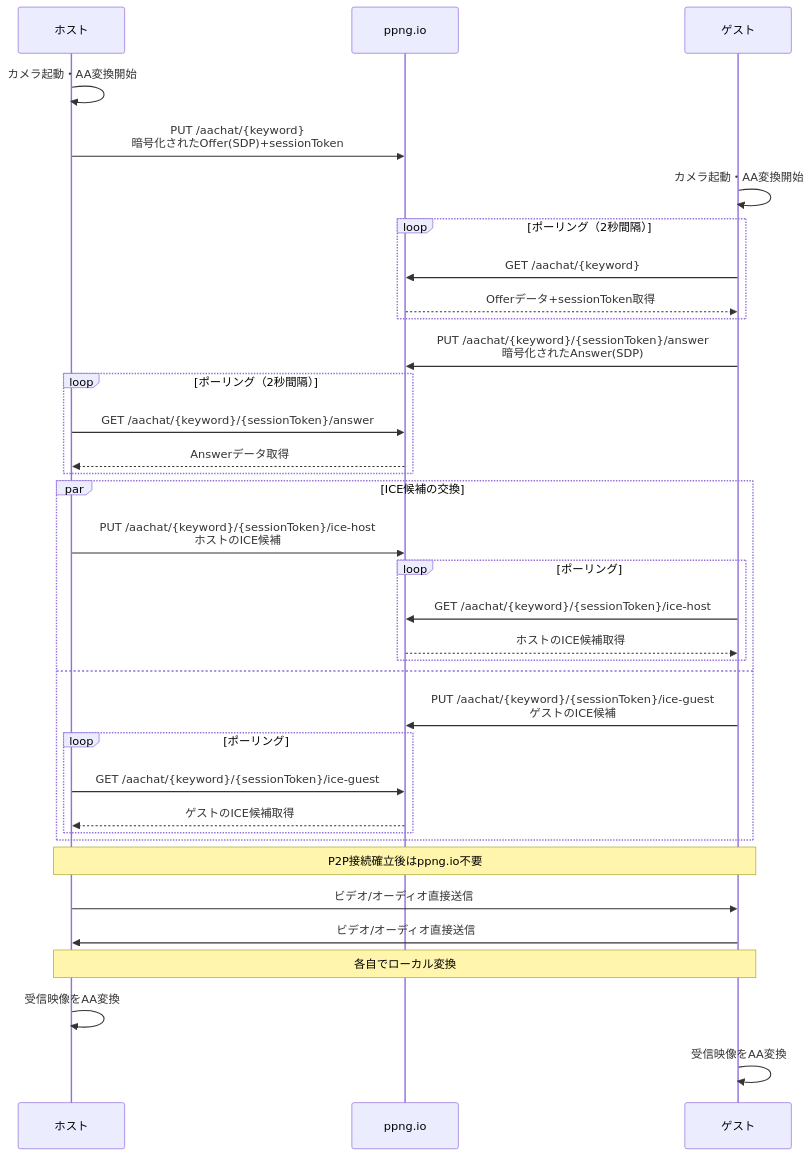
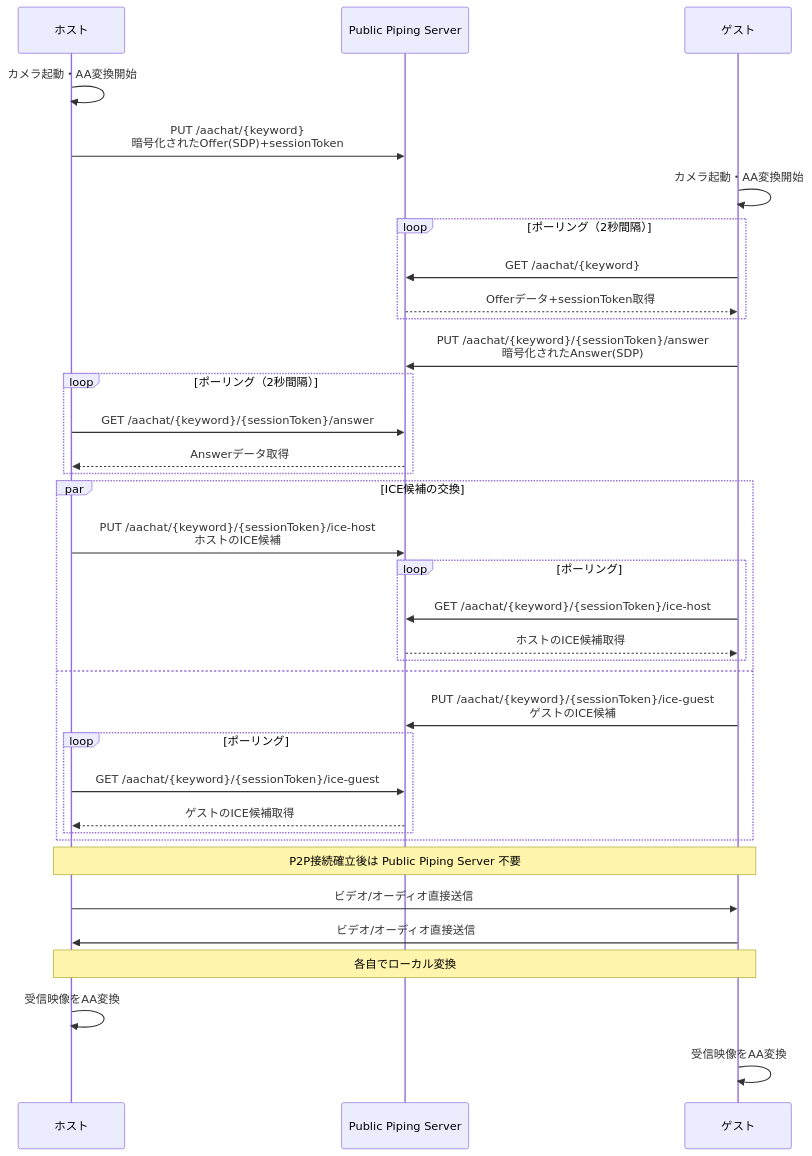
The second of 2 diagrams in README.md (misebox/aachat), drawn with Mermaid before and after one commit. The commit also changed other lines of this file, not shown here.

````diff
--- a/README.md
+++ b/README.md
@@ -64,44 +65,44 @@
 ```mermaid
 sequenceDiagram
     participant H as ホスト
-    participant P as ppng.io
+    participant P as Public Piping Server
     participant G as ゲスト
     
     H->>H: カメラ起動・AA変換開始
     H->>P: PUT /aachat/{keyword}<br/>暗号化されたOffer(SDP)+sessionToken
     
     G->>G: カメラ起動・AA変換開始
     loop ポーリング（2秒間隔）
         G->>P: GET /aachat/{keyword}
         P-->>G: Offerデータ+sessionToken取得
     end
     
     G->>P: PUT /aachat/{keyword}/{sessionToken}/answer<br/>暗号化されたAnswer(SDP)
     
     loop ポーリング（2秒間隔）
         H->>P: GET /aachat/{keyword}/{sessionToken}/answer
         P-->>H: Answerデータ取得
     end
     
     par ICE候補の交換
         H->>P: PUT /aachat/{keyword}/{sessionToken}/ice-host<br/>ホストのICE候補
         loop ポーリング
             G->>P: GET /aachat/{keyword}/{sessionToken}/ice-host
             P-->>G: ホストのICE候補取得
         end
     and
         G->>P: PUT /aachat/{keyword}/{sessionToken}/ice-guest<br/>ゲストのICE候補
         loop ポーリング
             H->>P: GET /aachat/{keyword}/{sessionToken}/ice-guest
             P-->>H: ゲストのICE候補取得
         end
     end
     
-    Note over H,G: P2P接続確立後はppng.io不要
+    Note over H,G: P2P接続確立後は Public Piping Server 不要
     H->>G: ビデオ/オーディオ直接送信
     G->>H: ビデオ/オーディオ直接送信
     
     Note over H,G: 各自でローカル変換
     H->>H: 受信映像をAA変換
     G->>G: 受信映像をAA変換
 ```
````
